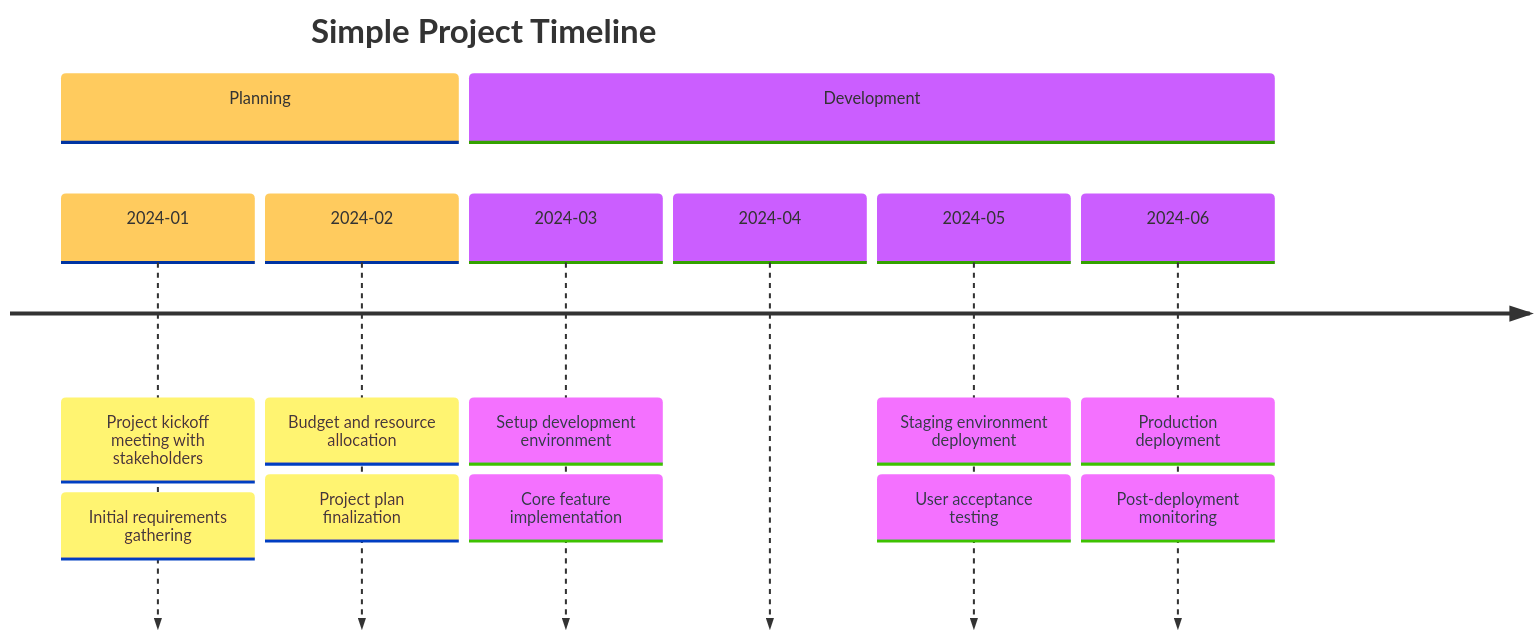
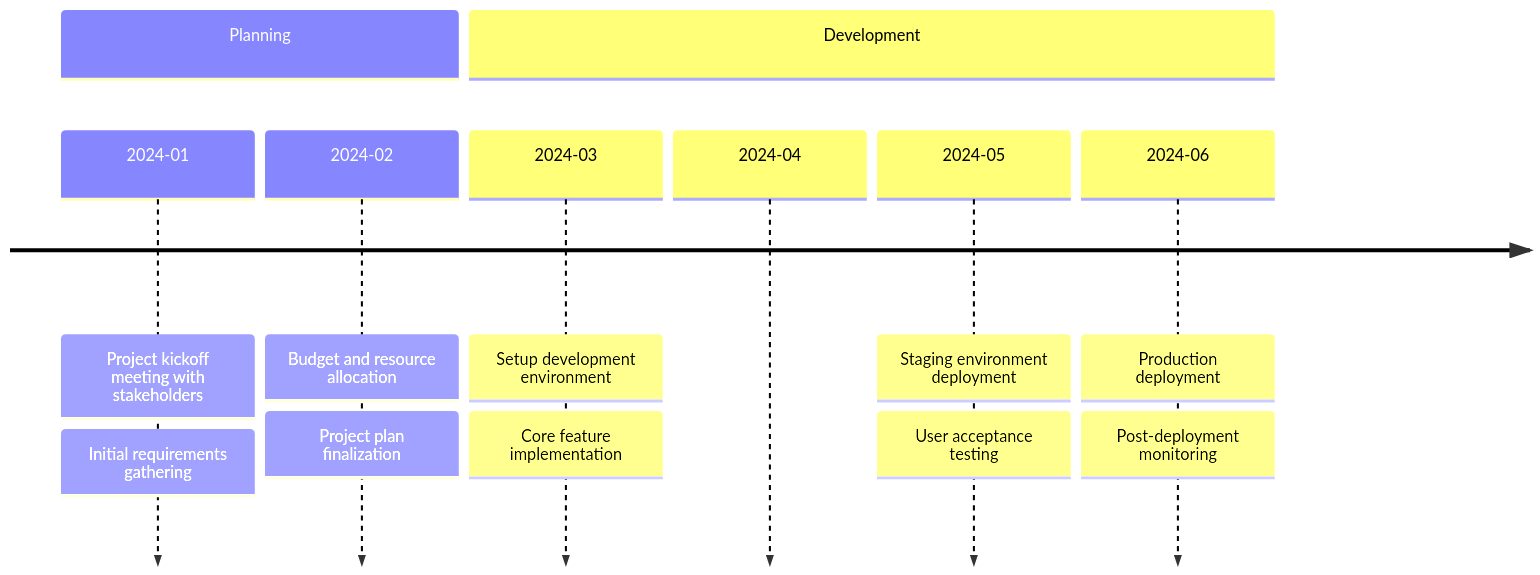
The diagram in examples/timelines/simple_timeline_diagram/README.md (TyphonHill/go-mermaid), drawn with Mermaid before and after one commit. The commit also changed 67 other files, not shown here.

````diff
--- a/examples/timelines/simple_timeline_diagram/README.md
+++ b/examples/timelines/simple_timeline_diagram/README.md
@@ -1,24 +1,30 @@
 ```mermaid
-%%{init: { 'theme': 'base', 'timeline': {'disableMulticolor': true}}}%%
+---
+title: Simple Project Timeline
+config:
+    theme: default
+    maxTextSize: 50000
+    maxEdges: 500
+    fontSize: 16
+---
 timeline
-	title Simple Project Timeline
-	section Planning
-		2024-01
-		: Project kickoff meeting with stakeholders
-		: Initial requirements gathering
-		2024-02
-		: Budget and resource allocation
-		: Project plan finalization
-	section Development
-		2024-03
-		: Setup development environment
-		: Core feature implementation
-		2024-04
-		2024-05
-		: Staging environment deployment
-		: User acceptance testing
-		2024-06
-		: Production deployment
-		: Post-deployment monitoring
+    section Planning
+        2024-01
+        : Project kickoff meeting with stakeholders
+        : Initial requirements gathering
+        2024-02
+        : Budget and resource allocation
+        : Project plan finalization
+    section Development
+        2024-03
+        : Setup development environment
+        : Core feature implementation
+        2024-04
+        2024-05
+        : Staging environment deployment
+        : User acceptance testing
+        2024-06
+        : Production deployment
+        : Post-deployment monitoring
 
 ```
````
